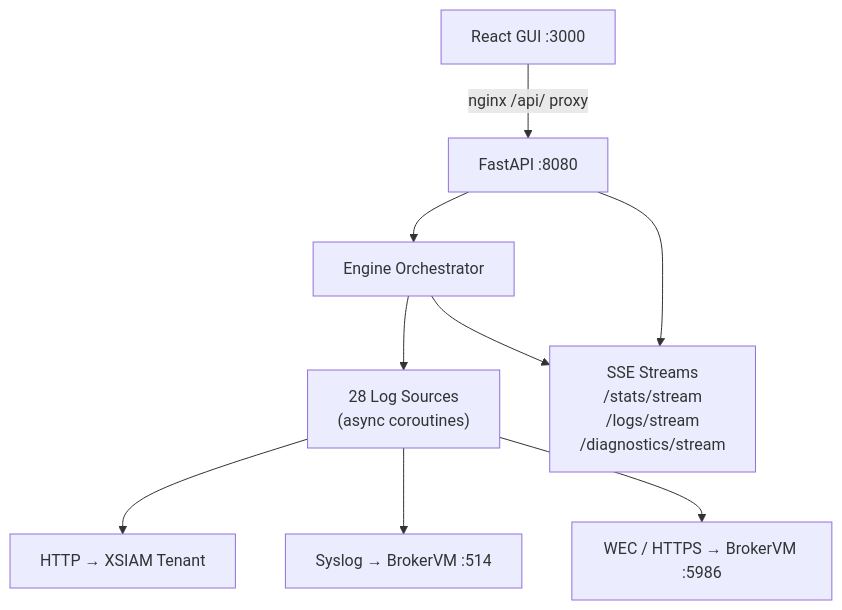
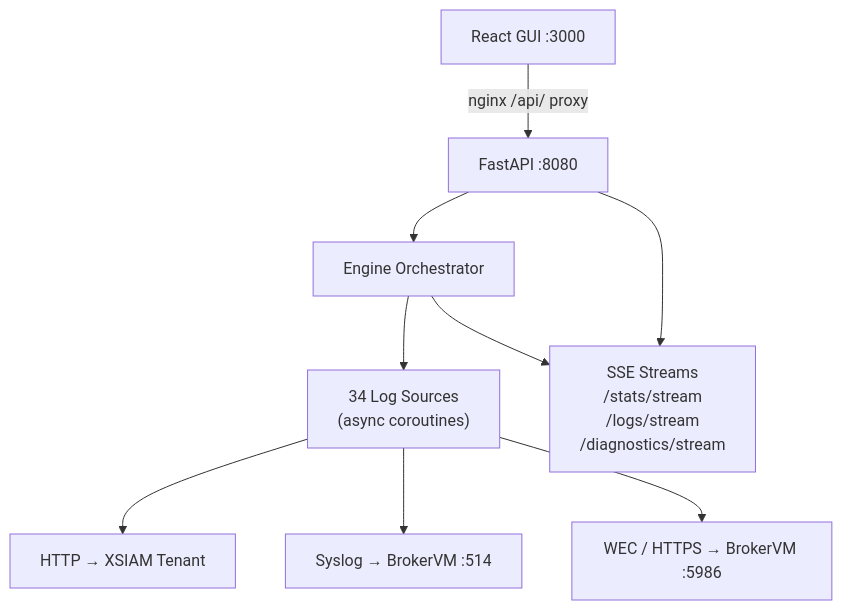
One commit to jhueby/xsiam-log-engine changed the diagram in README.md. Above: the diagram before and after it, drawn with Mermaid. The commit also changed other lines of this file and 7 other files, not shown here.

First line of the commit message:
feat: add six sources (Zeek, Suricata, PowerShell, AMSI, GuardDuty, VPC Flow)

````diff
--- a/README.md
+++ b/README.md
@@ -56,11 +56,11 @@
 ```mermaid
 graph TB
     GUI["React GUI :3000"] -->|nginx /api/ proxy| API["FastAPI :8080"]
     API --> Engine["Engine Orchestrator"]
-    Engine --> Sources["28 Log Sources<br/>(async coroutines)"]
+    Engine --> Sources["34 Log Sources<br/>(async coroutines)"]
     Sources --> HTTP["HTTP → XSIAM Tenant"]
     Sources --> Syslog["Syslog → BrokerVM :514"]
     Sources --> WEC["WEC / HTTPS → BrokerVM :5986"]
     Engine --> SSE["SSE Streams<br/>/stats/stream<br/>/logs/stream<br/>/diagnostics/stream"]
     API --> SSE
 ```
````
